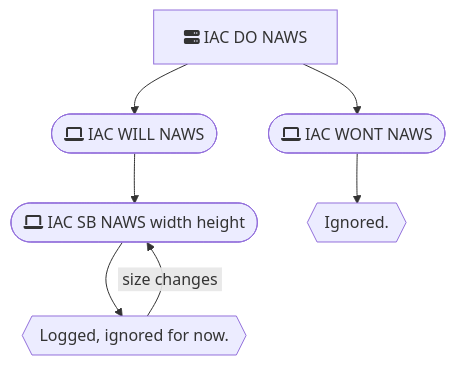
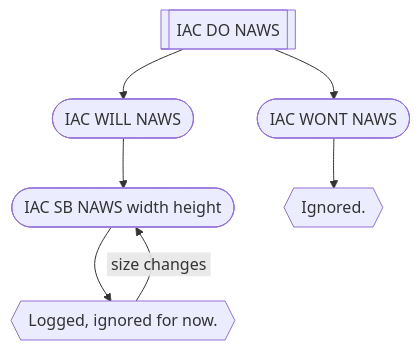
One commit to wisq/ex_mush changed the fourth of 4 diagrams in TELNET.md. Above: the diagram before and after it, drawn with Mermaid. The commit also changed other lines of this file, not shown here.

````diff
--- a/TELNET.md
+++ b/TELNET.md
@@ -73,17 +82,17 @@
 ```mermaid
-%%{init: {"flowchart": {"wrappingWidth": 10000}}}%%
+%%{init: {"flowchart": {"wrappingWidth": 10000 }} }%%
 
 flowchart TD
-    do_naws[fa:fa-server IAC DO NAWS]
+    do_naws[[ IAC DO NAWS ]]
 
     %% The success path:
-    do_naws --> will_naws([fa:fa-laptop IAC WILL NAWS])
-    will_naws --> send_naws([fa:fa-laptop IAC SB NAWS width height])
-    send_naws --> success{{Logged, ignored for now.}}
+    do_naws --> will_naws([ IAC WILL NAWS ])
+    will_naws --> send_naws([ IAC SB NAWS width height ])
+    send_naws --> success{{ Logged, ignored for now. }}
 
     success -->|&nbsp;size changes&nbsp;| send_naws
 
     %% The failure path:
-    do_naws --> wont_naws([fa:fa-laptop IAC WONT NAWS])
-    wont_naws --> fail{{Ignored.}}
+    do_naws --> wont_naws([ IAC WONT NAWS ])
+    wont_naws --> fail{{ Ignored. }}
 ```
````
